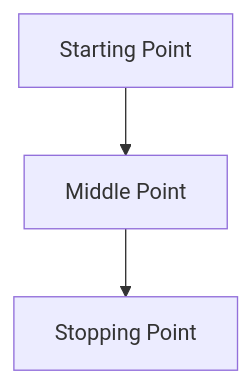
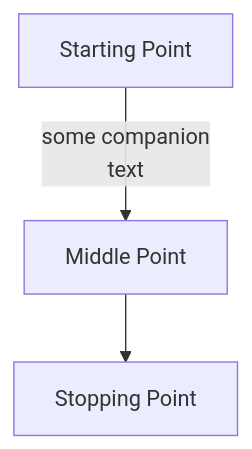
One commit to mliskPSU/testingRepo changed the diagram in README.md. Above: the diagram before and after it, drawn with Mermaid.

Commit message:
modding chart 4

````diff
--- a/README.md
+++ b/README.md
@@ -13,8 +13,8 @@
 ```mermaid
 graph TB;
     Start[Starting Point];
     Stop[Stopping Point];
     MidPt[Middle Point];
-    Start --> MidPt;
+    Start --some companion<br>text--> MidPt;
     MidPt --> Stop;
 ```
````
